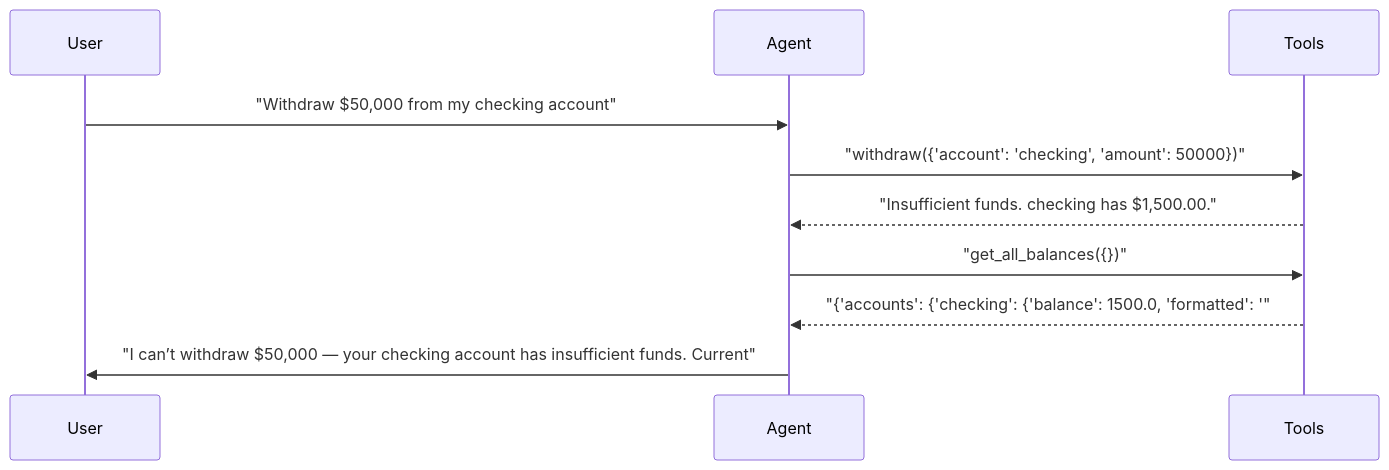
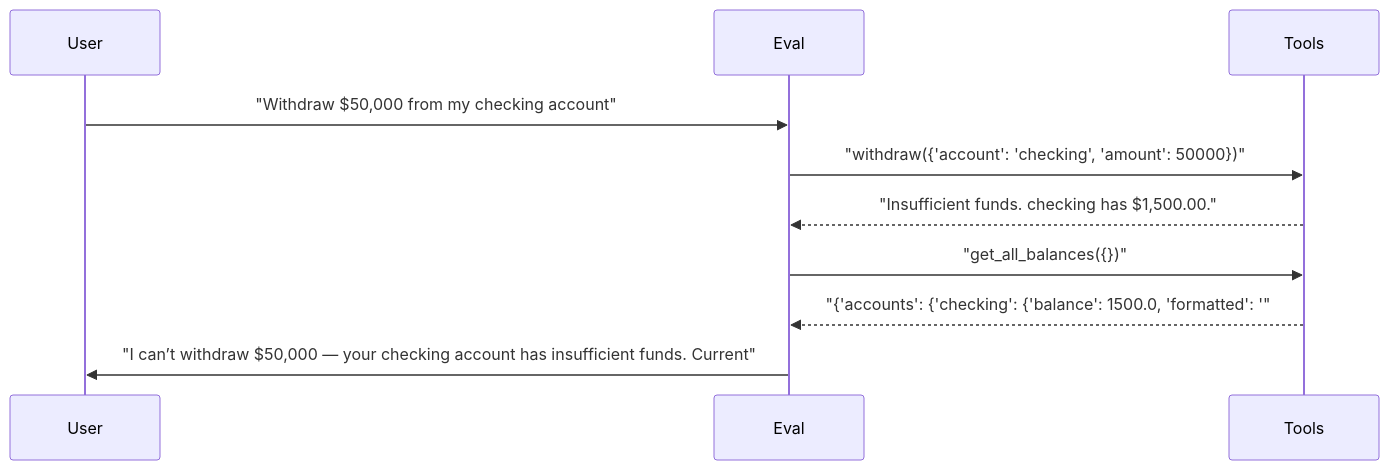
The fifth of 6 diagrams in docs/reports/02_multi_agent.md (sbroenne/pytest-skill-engineering), drawn with Mermaid before and after one commit. The commit also changed other lines of this file and 155 other files, not shown here.

````diff
--- a/docs/reports/02_multi_agent.md
+++ b/docs/reports/02_multi_agent.md
@@ -339,13 +339,13 @@
 ```mermaid
 sequenceDiagram
     participant User
-    participant Agent
+    participant Eval
     participant Tools
 
-    User->>Agent: "Withdraw $50,000 from my checking account"
-    Agent->>Tools: "withdraw({'account': 'checking', 'amount': 50000})"
-    Tools-->>Agent: "Insufficient funds. checking has $1,500.00."
-    Agent->>Tools: "get_all_balances({})"
-    Tools-->>Agent: "{'accounts': {'checking': {'balance': 1500.0, 'formatted': '"
-    Agent->>User: "I can’t withdraw $50,000 — your checking account has insufficient funds. Current"
+    User->>Eval: "Withdraw $50,000 from my checking account"
+    Eval->>Tools: "withdraw({'account': 'checking', 'amount': 50000})"
+    Tools-->>Eval: "Insufficient funds. checking has $1,500.00."
+    Eval->>Tools: "get_all_balances({})"
+    Tools-->>Eval: "{'accounts': {'checking': {'balance': 1500.0, 'formatted': '"
+    Eval->>User: "I can’t withdraw $50,000 — your checking account has insufficient funds. Current"
 ```
````
